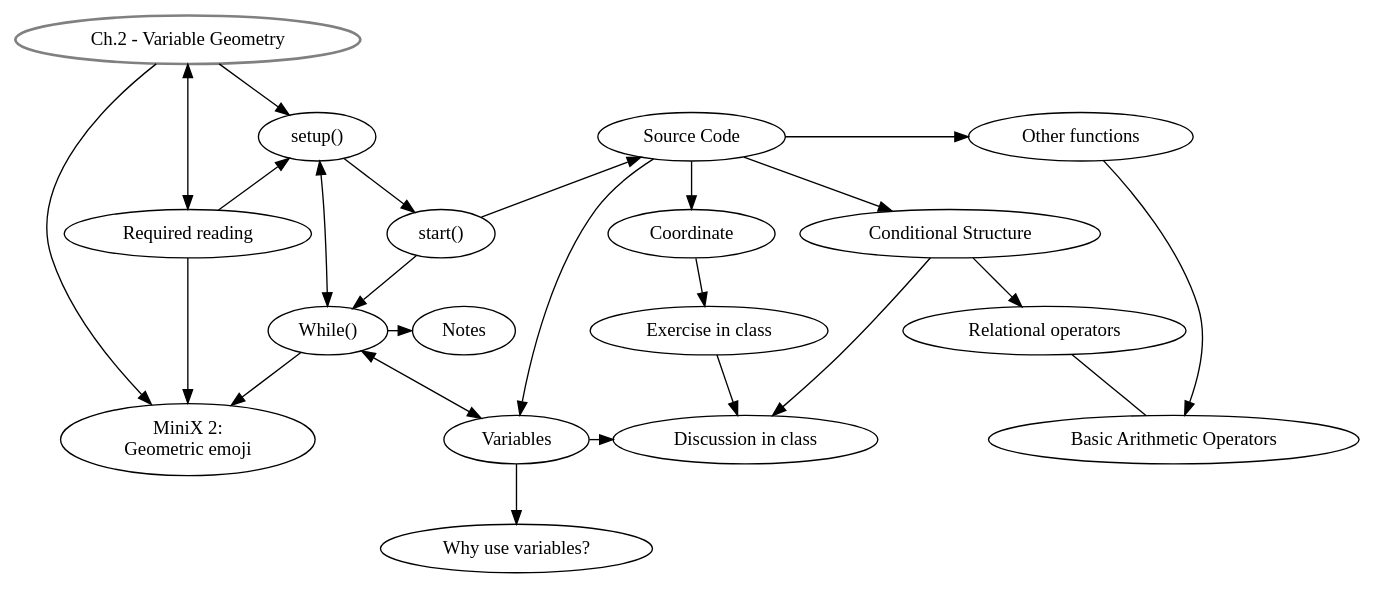
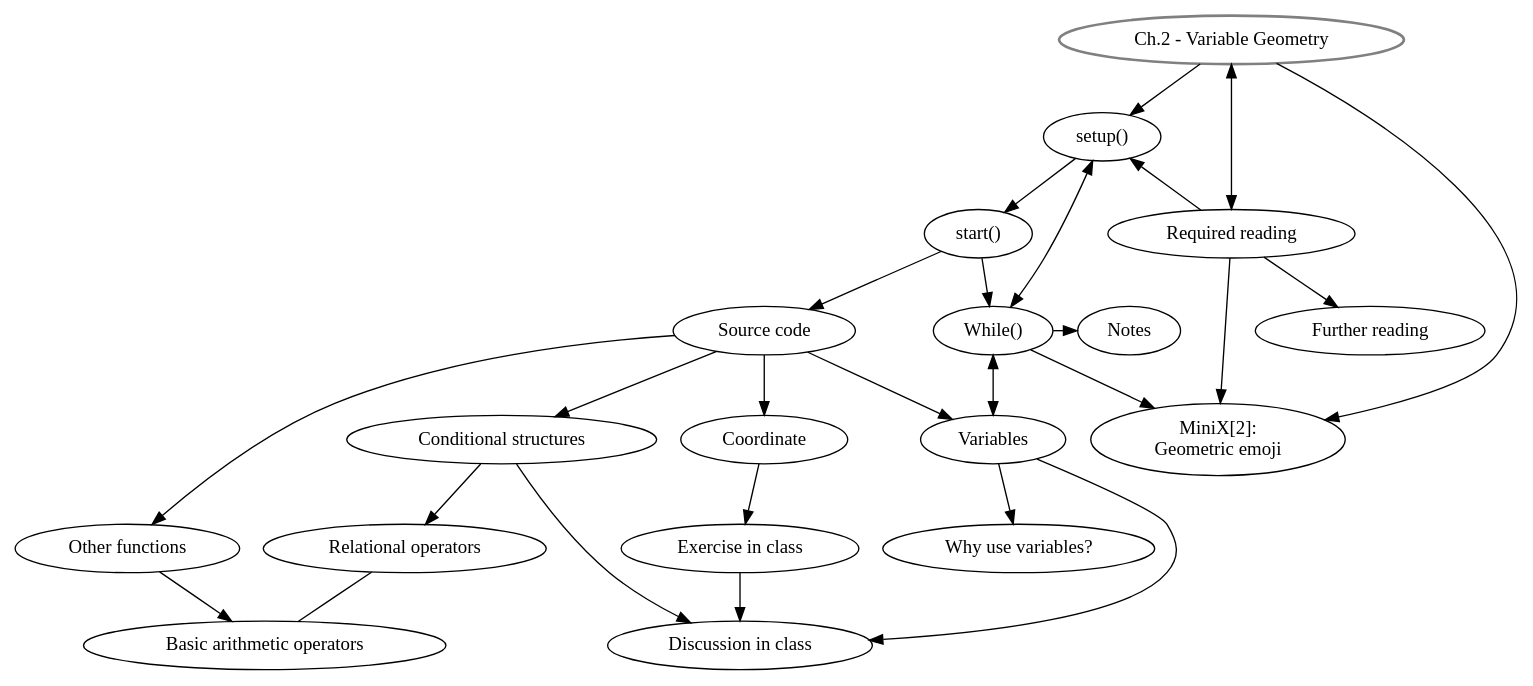
One commit to danbz/aesthetic-programming changed the diagram in graphviz/AP_ch2.dot. Above: the diagram before and after it, drawn with Graphviz. The commit also changed 1 other file, not shown here.

Commit message:
update ch.2 graphviz

```diff
--- a/graphviz/AP_ch2.dot
+++ b/graphviz/AP_ch2.dot
@@ -1,52 +1,52 @@
 digraph G {
 //labels
 GS [
 label="Ch.2 - Variable Geometry",
 style=bold,
 color=grey,
 ]
 
 SU [label="setup()"]
 ST [label="start()"]
-SC [label="Source Code"]
+SC [label="Source code"]
 CO [label="Coordinate"]
 EiC [label="Exercise in class"]
 VB [label="Variables"]
 YVB [label="Why use variables?"]
 OF [label="Other functions"]
-BAO [label="Basic Arithmetic Operators"]
-CS [label="Conditional Structure"]
+BAO [label="Basic arithmetic operators"]
+CS [label="Conditional structures"]
 RO [label="Relational operators"]
 DiC [label="Discussion in class"]
 MW [label="While()"]
-MX [label="MiniX 2: \nGeometric emoji"]
+MX [label="MiniX[2]: \nGeometric emoji"]
 RR [label="Required reading"]
+FR [label="Further reading"]
 Notes [label="Notes"]
 
 //rank
-{rank = same; SU, SC}
+//{rank = same; SU, SC}
 {rank = same; MW, Notes}
-{rank = same; BAO, VB, DiC}
-{rank = same; EiC, MW}
-{rank = same; SC, OF}
+//{rank = same; BAO, VB, DiC}
+//{rank = same; EiC, MW}
+//{rank = same; SC, OF}
 {rank = same; ST, RR}
-{rank = same; ST, CO, CS}
-
-
+//{rank = same; ST, CO, CS}
 
 //graph
 GS -> MX;
 GS -> RR[dir=both];
 SU -> MW [dir=both];
 MW -> VB[dir=both];
 RO -> BAO[dir=none];
 GS -> SU -> ST -> SC;
 SC -> CO -> EiC;
 SC -> VB -> YVB;
 SC -> OF -> BAO;
 SC -> CS -> RO;
 EiC, VB, CS -> DiC;
 ST -> MW -> Notes;
 MW -> MX;
 RR -> MX, SU;
+RR -> FR;
 }
```
